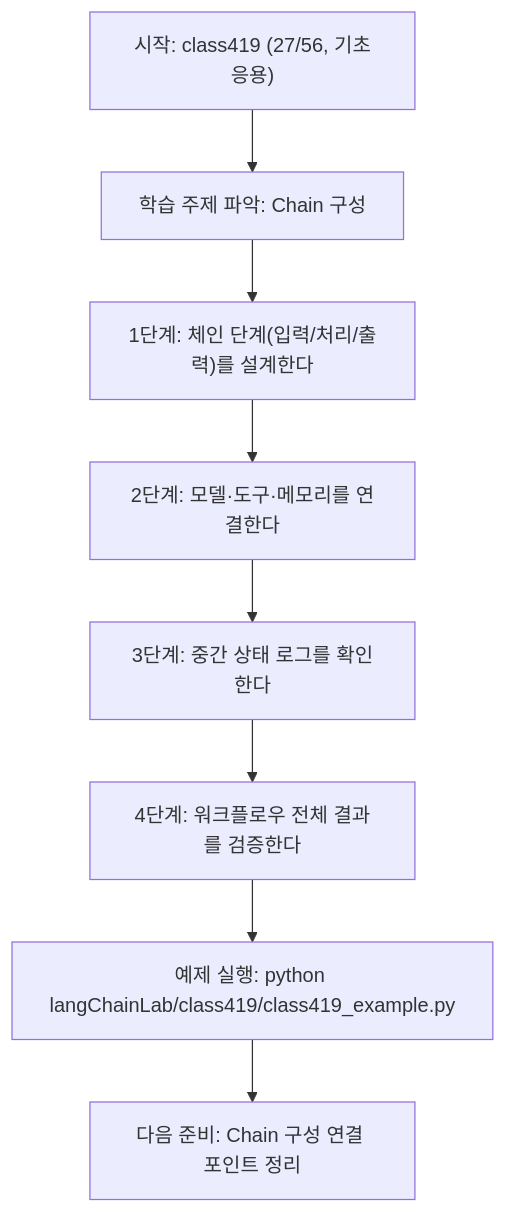
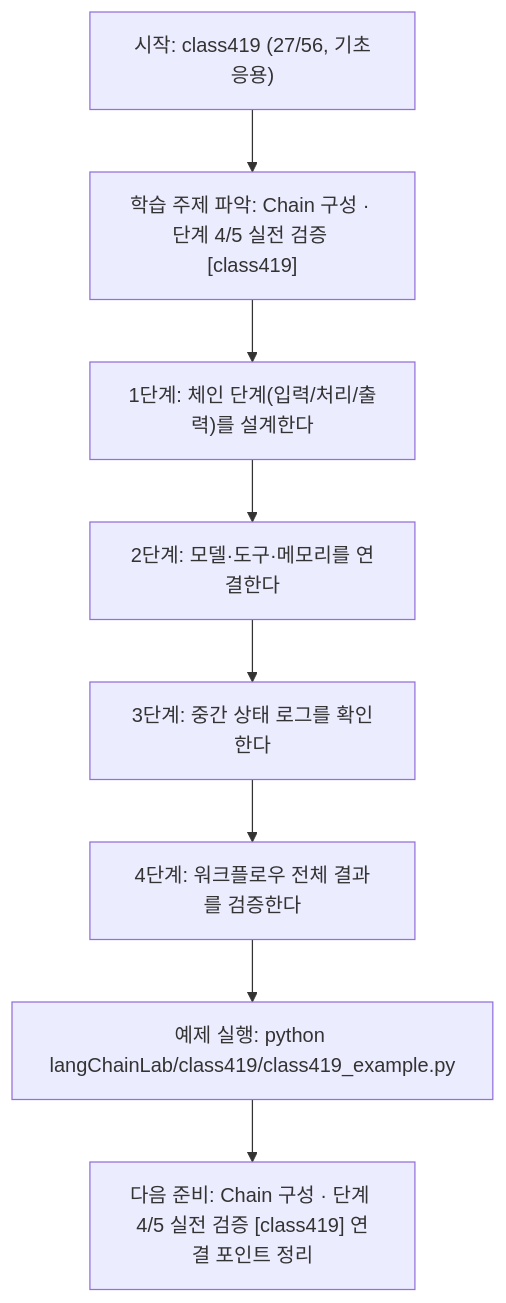
The diagram in langChainLab/class419/class419.md (edumgt/Python-AI_Agent-Class), drawn with Mermaid before and after one commit. The commit also changed other lines of this file and 522 other files, not shown here.

````diff
--- a/langChainLab/class419/class419.md
+++ b/langChainLab/class419/class419.md
@@ -108,18 +109,18 @@
 ```mermaid
 flowchart TD
 N1["시작: class419 (27/56, 기초응용)"]
-N2["학습 주제 파악: Chain 구성"]
+N2["학습 주제 파악: Chain 구성 · 단계 4/5 실전 검증 [class419]"]
 N3["1단계: 체인 단계(입력/처리/출력)를 설계한다"]
 N4["2단계: 모델·도구·메모리를 연결한다"]
 N5["3단계: 중간 상태 로그를 확인한다"]
 N6["4단계: 워크플로우 전체 결과를 검증한다"]
 N7["예제 실행: python langChainLab/class419/class419_example.py"]
-N8["다음 준비: Chain 구성 연결 포인트 정리"]
+N8["다음 준비: Chain 구성 · 단계 4/5 실전 검증 [class419] 연결 포인트 정리"]
 N1 --> N2
 N2 --> N3
 N3 --> N4
 N4 --> N5
 N5 --> N6
 N6 --> N7
 N7 --> N8
 ```
````
